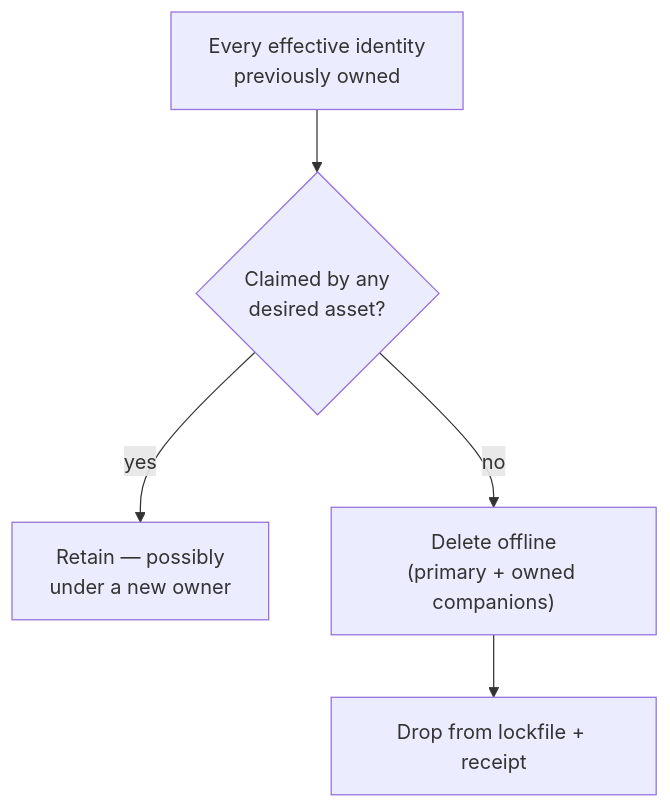
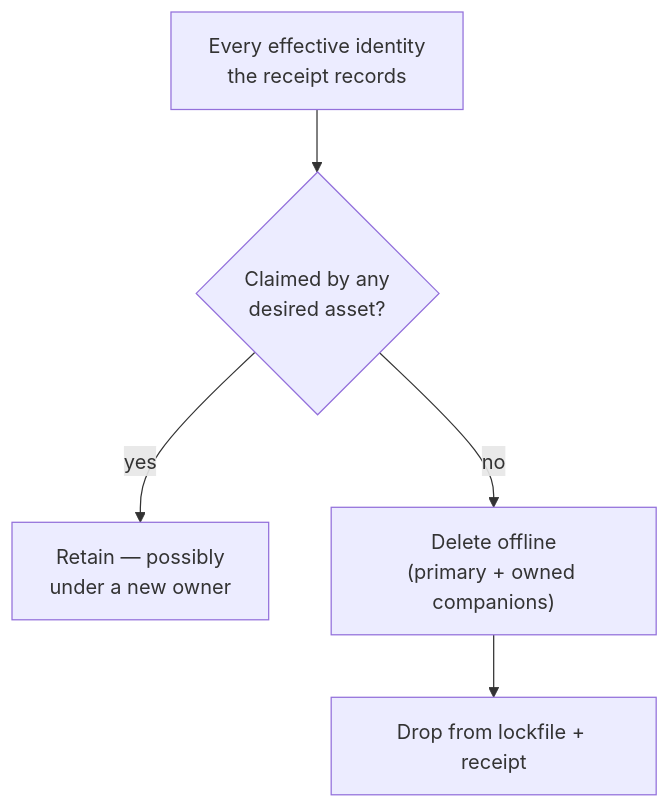
Before and after one commit to agent-facets/facets: the fourth of 5 diagrams in docs/specification/commit.mdx, drawn with Mermaid. The commit also changed other lines of this file and 30 other files, not shown here.

````diff
--- a/docs/specification/commit.mdx
+++ b/docs/specification/commit.mdx
@@ -252,7 +252,7 @@
 ```mermaid
 flowchart TD
-    PREV["Every effective identity<br/>previously owned"] --> W{"Claimed by any<br/>desired asset?"}
+    PREV["Every effective identity<br/>the receipt records"] --> W{"Claimed by any<br/>desired asset?"}
     W -->|yes| KEEP["Retain — possibly<br/>under a new owner"]
     W -->|no| DROP["Delete offline<br/>(primary + owned companions)"]
     DROP --> RM["Drop from lockfile + receipt"]
 ```
````
